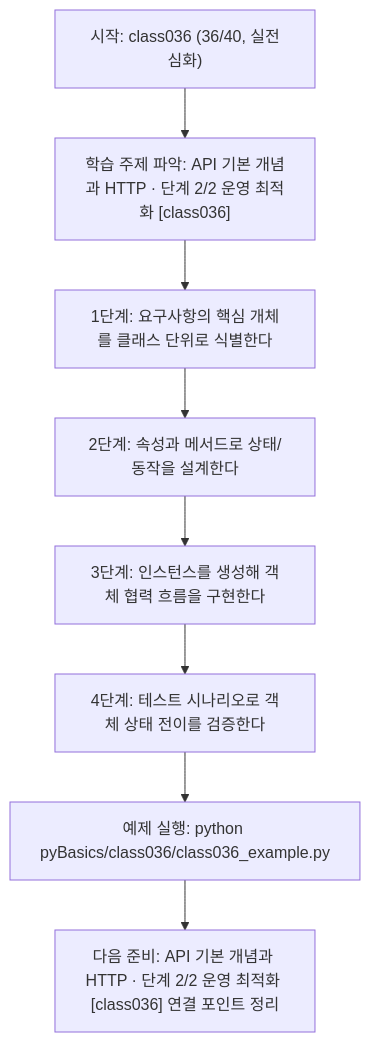
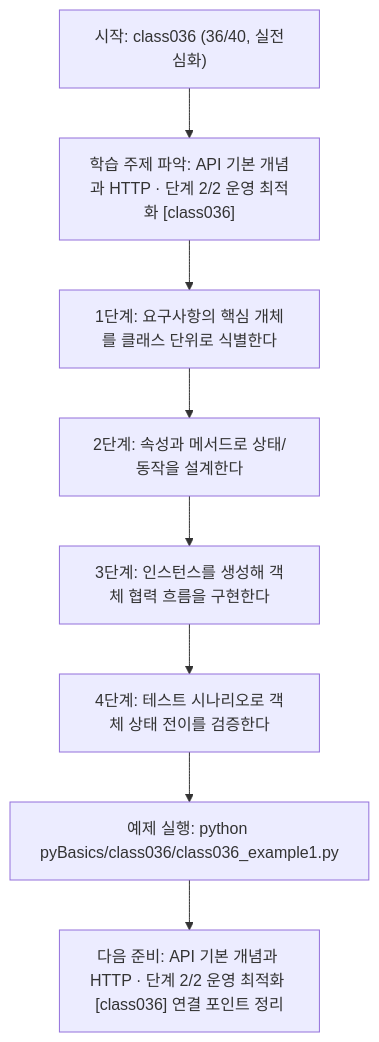
One commit to edumgt/Python-AI_Agent-Class changed the diagram in pyBasics/class036/class036.md. Above: the diagram before and after it, drawn with Mermaid. The commit also changed other lines of this file and 2959 other files, not shown here.

````diff
--- a/pyBasics/class036/class036.md
+++ b/pyBasics/class036/class036.md
@@ -108,18 +108,18 @@
 ```mermaid
 flowchart TD
 N1["시작: class036 (36/40, 실전심화)"]
 N2["학습 주제 파악: API 기본 개념과 HTTP · 단계 2/2 운영 최적화 [class036]"]
 N3["1단계: 요구사항의 핵심 개체를 클래스 단위로 식별한다"]
 N4["2단계: 속성과 메서드로 상태/동작을 설계한다"]
 N5["3단계: 인스턴스를 생성해 객체 협력 흐름을 구현한다"]
 N6["4단계: 테스트 시나리오로 객체 상태 전이를 검증한다"]
-N7["예제 실행: python pyBasics/class036/class036_example.py"]
+N7["예제 실행: python pyBasics/class036/class036_example1.py"]
 N8["다음 준비: API 기본 개념과 HTTP · 단계 2/2 운영 최적화 [class036] 연결 포인트 정리"]
 N1 --> N2
 N2 --> N3
 N3 --> N4
 N4 --> N5
 N5 --> N6
 N6 --> N7
 N7 --> N8
 ```
````
